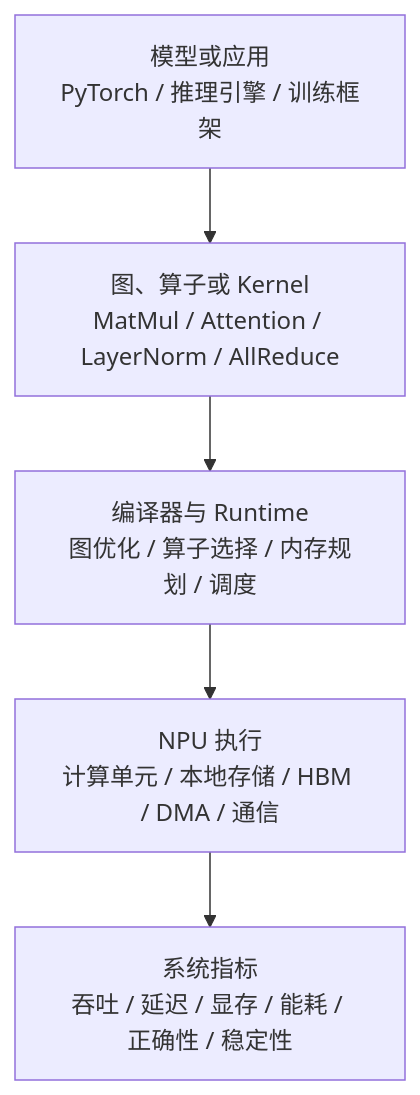
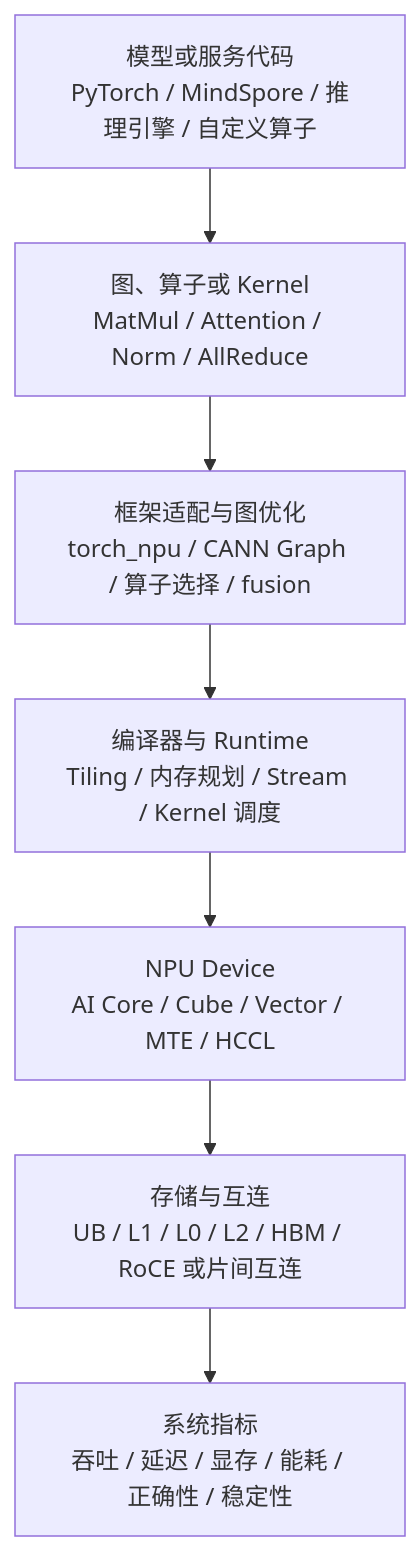
The first of 4 diagrams in docs/12-hardware-basics/npu-basics.md (AmourSec/aikg), drawn with Mermaid before and after one commit. The commit also changed other lines of this file and 6 other files, not shown here.

Commit message:
Expand NPU basics with Ascend architecture diagrams

````diff
--- a/docs/12-hardware-basics/npu-basics.md
+++ b/docs/12-hardware-basics/npu-basics.md
@@ -21,7 +67,9 @@
 ```mermaid
 flowchart TB
-  A["模型或应用\nPyTorch / 推理引擎 / 训练框架"] --> B["图、算子或 Kernel\nMatMul / Attention / LayerNorm / AllReduce"]
-  B --> C["编译器与 Runtime\n图优化 / 算子选择 / 内存规划 / 调度"]
-  C --> D["NPU 执行\n计算单元 / 本地存储 / HBM / DMA / 通信"]
-  D --> E["系统指标\n吞吐 / 延迟 / 显存 / 能耗 / 正确性 / 稳定性"]
+  A["模型或服务代码\nPyTorch / MindSpore / 推理引擎 / 自定义算子"] --> B["图、算子或 Kernel\nMatMul / Attention / Norm / AllReduce"]
+  B --> C["框架适配与图优化\ntorch_npu / CANN Graph / 算子选择 / fusion"]
+  C --> D["编译器与 Runtime\nTiling / 内存规划 / Stream / Kernel 调度"]
+  D --> E["NPU Device\nAI Core / Cube / Vector / MTE / HCCL"]
+  E --> F["存储与互连\nUB / L1 / L0 / L2 / HBM / RoCE 或片间互连"]
+  F --> G["系统指标\n吞吐 / 延迟 / 显存 / 能耗 / 正确性 / 稳定性"]
 ```
````
